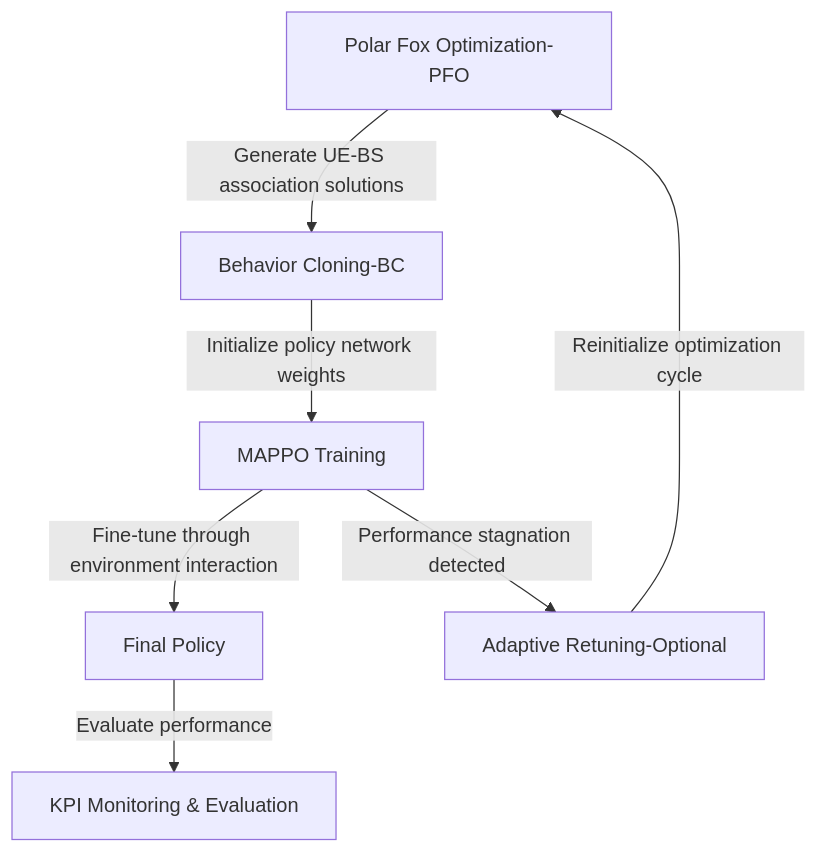
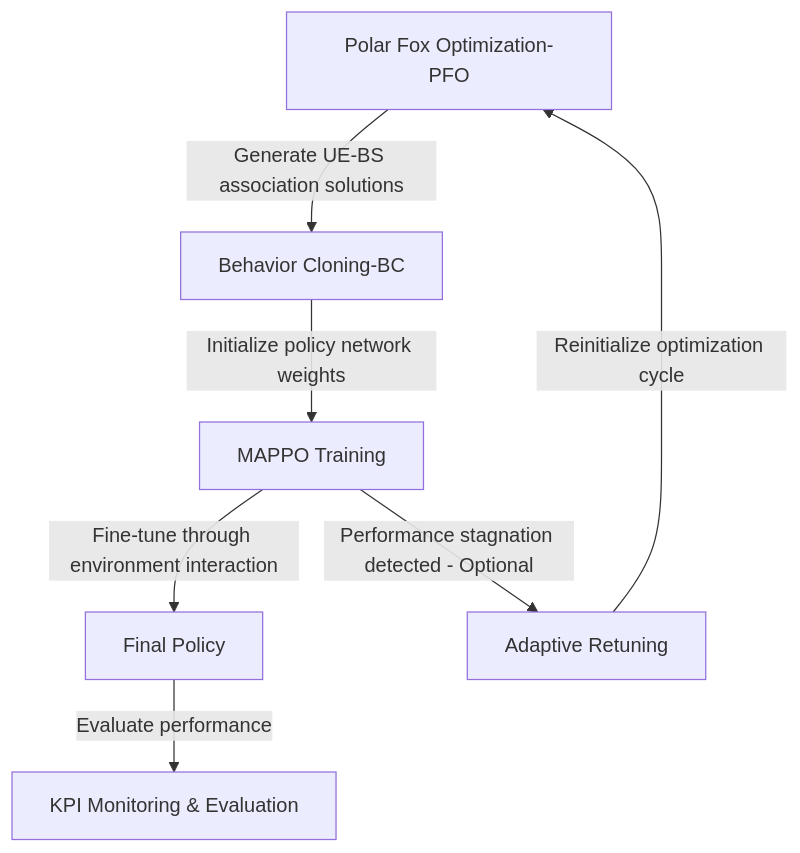
One commit to Agnes-101/hybrid_marl_pfo_training changed the diagram in README.md. Above: the diagram before and after it, drawn with Mermaid.

Commit message:
Adjustments in the README file

````diff
--- a/README.md
+++ b/README.md
@@ -63,18 +63,18 @@
 ```mermaid
 flowchart TD
 
     A[Polar Fox Optimization-PFO]
     B[Behavior Cloning-BC]
     C[MAPPO Training]
     D[Final Policy]
     E[KPI Monitoring & Evaluation]
-    F[Adaptive Retuning-Optional]
+    F[Adaptive Retuning]
     
 
     A -->|Generate UE-BS association solutions| B
     B -->|Initialize policy network weights| C
     C -->|Fine-tune through environment interaction| D
     D -->|Evaluate performance| E
-    C -->|Performance stagnation detected| F
+    C -->|Performance stagnation detected - Optional| F
     F -->|Reinitialize optimization cycle| A
 ```
````
